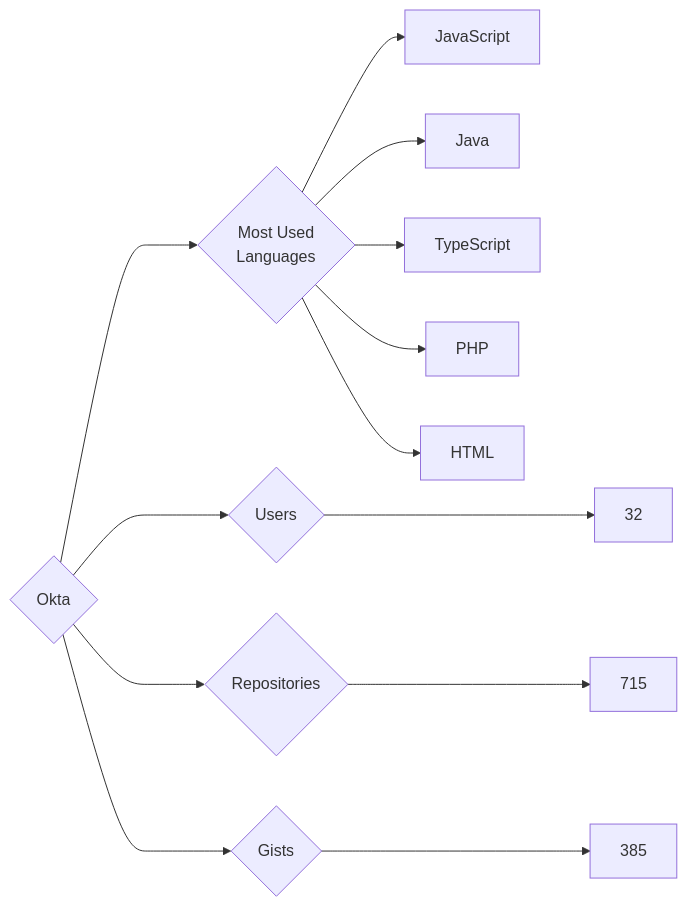
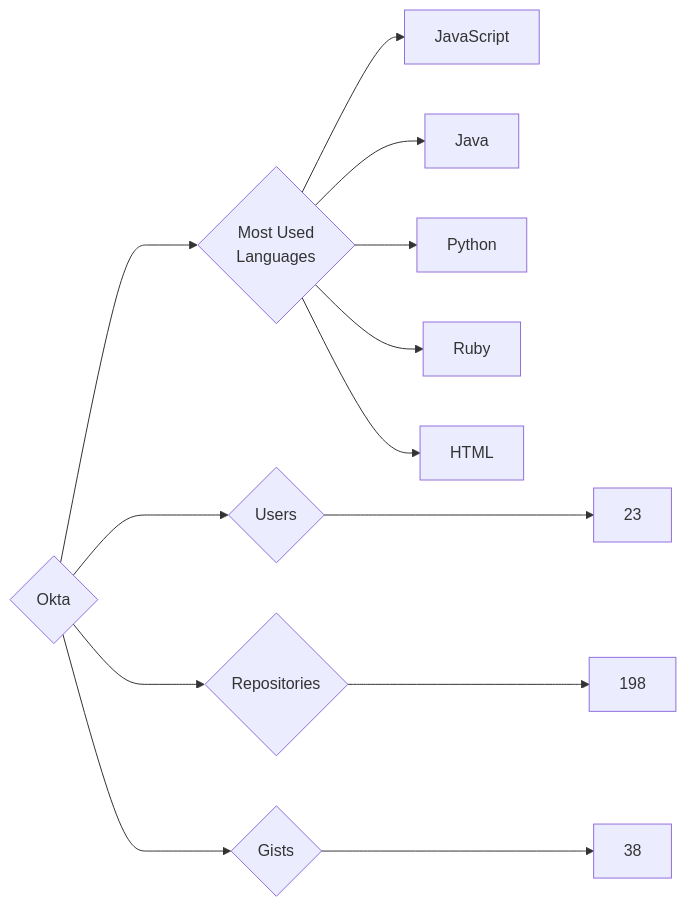
The diagram in targets/Okta/README.md (trickest/insiders), drawn with Mermaid before and after one commit. The commit also changed 912 other files, not shown here.

````diff
--- a/targets/Okta/README.md
+++ b/targets/Okta/README.md
@@ -3,13 +3,13 @@
 ```mermaid
 graph LR
 COMPANY_NAME{Okta}
-COMPANY_NAME ---> U{Users} ---> UN[32]
-COMPANY_NAME ---> R{Repositories} ---> RN[715]
-COMPANY_NAME ---> G{Gists} ---> GN[385]
+COMPANY_NAME ---> U{Users} ---> UN[23]
+COMPANY_NAME ---> R{Repositories} ---> RN[198]
+COMPANY_NAME ---> G{Gists} ---> GN[38]
 COMPANY_NAME ---> ML{Most Used<br>Languages}
 ML --> JavaScript[JavaScript]
 ML --> Java[Java]
-ML --> TypeScript[TypeScript]
-ML --> PHP[PHP]
+ML --> Python[Python]
+ML --> Ruby[Ruby]
 ML --> HTML[HTML]
 ```
````
